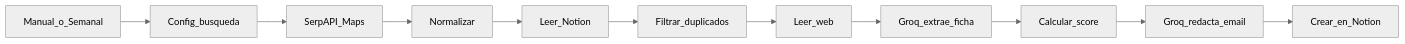
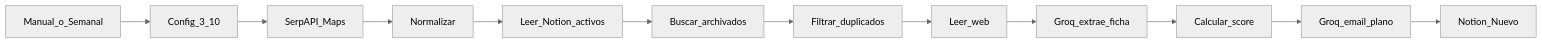
Before and after one commit to GallaGit/Leads_CRM: the second of 2 diagrams in docs/INTEGRACIONES.md, drawn with Mermaid (neutral theme). The commit also changed other lines of this file and 10 other files, not shown here.

````diff
--- a/docs/INTEGRACIONES.md
+++ b/docs/INTEGRACIONES.md
@@ -118,13 +118,14 @@
 ```mermaid
 flowchart LR
-  Trigger[Manual_o_Semanal] --> Config[Config_busqueda]
+  Trigger[Manual_o_Semanal] --> Config[Config_3_10]
   Config --> Maps[SerpAPI_Maps]
   Maps --> Normalize[Normalizar]
-  Normalize --> Existing[Leer_Notion]
-  Existing --> Dedupe[Filtrar_duplicados]
+  Normalize --> Existing[Leer_Notion_activos]
+  Existing --> Archived[Buscar_archivados]
+  Archived --> Dedupe[Filtrar_duplicados]
   Dedupe --> Website[Leer_web]
   Website --> Extract[Groq_extrae_ficha]
   Extract --> Score[Calcular_score]
-  Score --> Email[Groq_redacta_email]
-  Email --> Save[Crear_en_Notion]
+  Score --> Email[Groq_email_plano]
+  Email --> Save[Notion_Nuevo]
 ```
````
